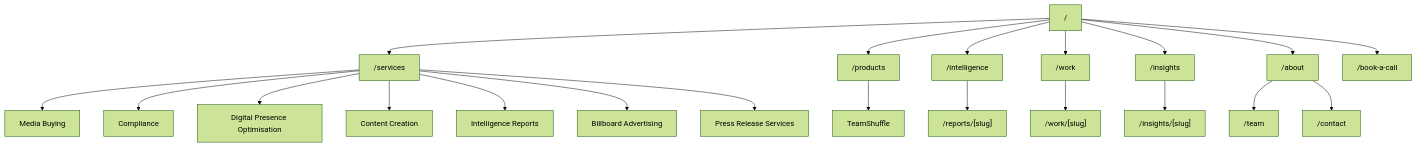
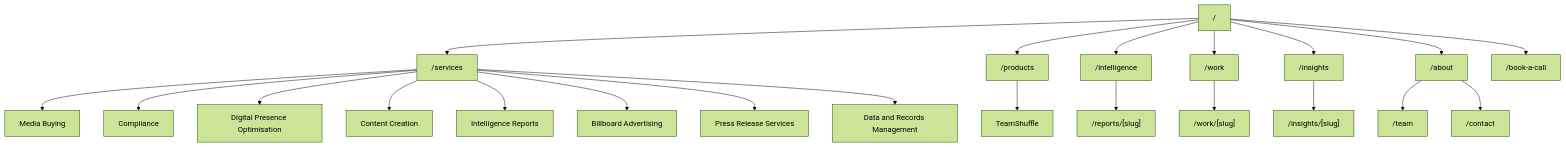
The second of 21 diagrams in docs/03-website-architecture-and-user-flows.md (tiekomedia-alt/tieko-media-platform), drawn with Mermaid (forest theme) before and after one commit. The commit also changed other lines of this file, not shown here.

Commit message:
docs: add data and records management user flow

````diff
--- a/docs/03-website-architecture-and-user-flows.md
+++ b/docs/03-website-architecture-and-user-flows.md
@@ -235,25 +236,26 @@
 ```mermaid
 flowchart TD
     H["/"] --> S["/services"]
     H --> P["/products"]
     H --> I["/intelligence"]
     H --> W["/work"]
     H --> N["/insights"]
     H --> A["/about"]
     H --> B["/book-a-call"]
 
     S --> S1["Media Buying"]
     S --> S2["Compliance"]
     S --> S3["Digital Presence Optimisation"]
     S --> S4["Content Creation"]
     S --> S5["Intelligence Reports"]
     S --> S6["Billboard Advertising"]
     S --> S7["Press Release Services"]
+    S --> S8["Data and Records Management"]
 
     P --> P1["TeamShuffle"]
     I --> R["/reports/[slug]"]
     W --> C["/work/[slug]"]
     N --> X["/insights/[slug]"]
     A --> T["/team"]
     A --> CT["/contact"]
 ```
````
